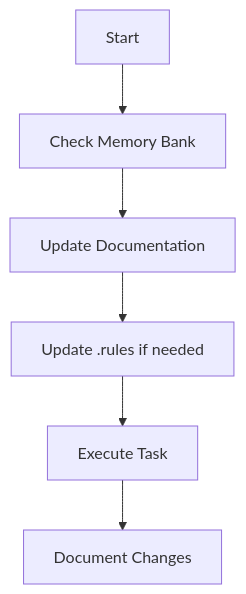
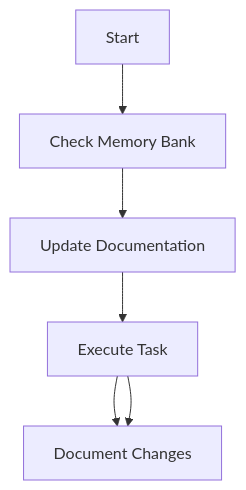
Before and after one commit to TrueCodePoet/Command-Bank: the third of 4 diagrams in .github/core/memory-bank.md, drawn with Mermaid. The commit also changed other lines of this file and 7 other files, not shown here.

````diff
--- a/.github/core/memory-bank.md
+++ b/.github/core/memory-bank.md
@@ -131,8 +140,8 @@
 ```mermaid
 flowchart TD
     Start[Start] --> Context[Check Memory Bank]
     Context --> Update[Update Documentation]
-    Update --> Rules[Update .rules if needed]
-    Rules --> Execute[Execute Task]
+    Update --> Execute[Execute Task]
+    Execute --> Document[Document Changes]
     Execute --> Document[Document Changes]
 ```
````
